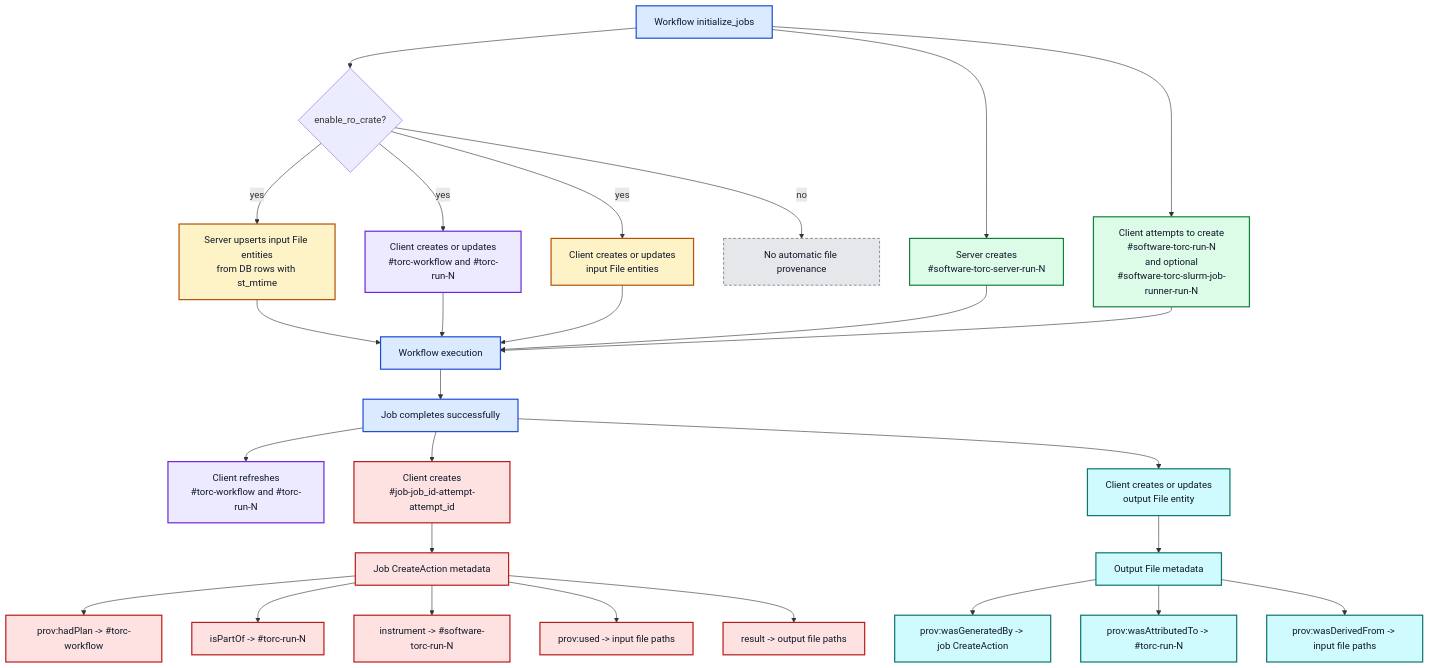
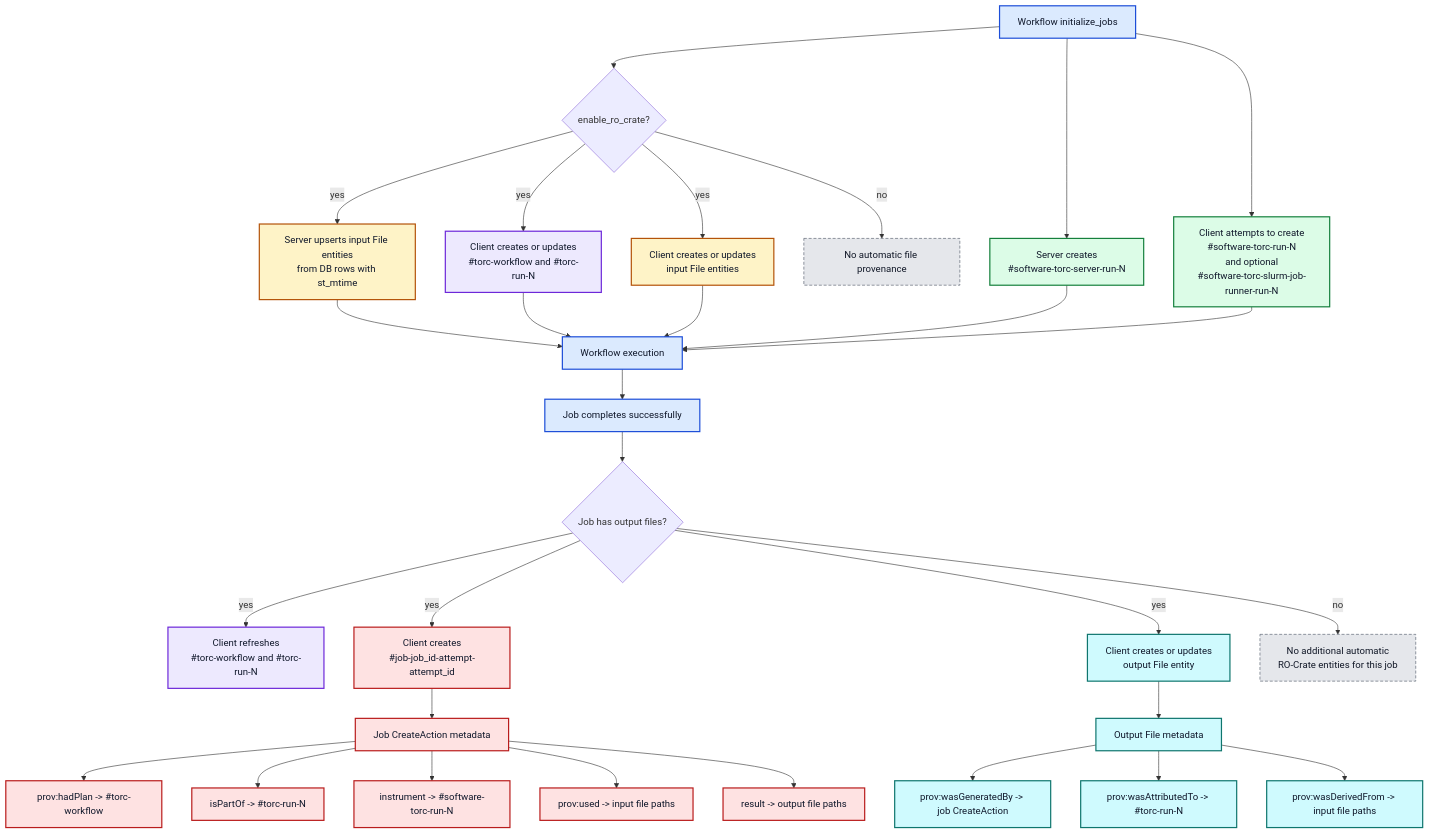
The diagram in docs/src/specialized/design/ro-crate.md (NatLabRockies/torc), drawn with Mermaid before and after one commit. The commit also changed other lines of this file and 1 other file, not shown here.

````diff
--- a/docs/src/specialized/design/ro-crate.md
+++ b/docs/src/specialized/design/ro-crate.md
@@ -38,50 +35,52 @@
 ```mermaid
 flowchart TD
     A[Workflow initialize_jobs] --> B{enable_ro_crate?}
     A --> C[Server creates<br/>#software-torc-server-run-N]
     A --> D[Client attempts to create<br/>#software-torc-run-N<br/>and optional<br/>#software-torc-slurm-job-runner-run-N]
 
     B -->|yes| E[Server upserts input File entities<br/>from DB rows with st_mtime]
     B -->|yes| F[Client creates or updates<br/>#torc-workflow and #torc-run-N]
     B -->|yes| G[Client creates or updates<br/>input File entities]
     B -->|no| H[No automatic file provenance]
 
     G --> I[Workflow execution]
     E --> I
     F --> I
     C --> I
     D --> I
 
     I --> J[Job completes successfully]
-    J --> K[Client refreshes<br/>#torc-workflow and #torc-run-N]
-    J --> L[Client creates<br/>#job-job_id-attempt-attempt_id]
-    J --> M[Client creates or updates<br/>output File entity]
+    J --> J2{Job has output files?}
+    J2 -->|yes| K[Client refreshes<br/>#torc-workflow and #torc-run-N]
+    J2 -->|yes| L[Client creates<br/>#job-job_id-attempt-attempt_id]
+    J2 -->|yes| M[Client creates or updates<br/>output File entity]
+    J2 -->|no| P[No additional automatic<br/>RO-Crate entities for this job]
 
     L --> N[Job CreateAction metadata]
     N --> N1[prov:hadPlan -> #torc-workflow]
     N --> N2[isPartOf -> #torc-run-N]
     N --> N3[instrument -> #software-torc-run-N]
     N --> N4[prov:used -> input file paths]
     N --> N5[result -> output file paths]
 
     M --> O[Output File metadata]
     O --> O1[prov:wasGeneratedBy -> job CreateAction]
     O --> O2[prov:wasAttributedTo -> #torc-run-N]
     O --> O3[prov:wasDerivedFrom -> input file paths]
 
     classDef init fill:#dbeafe,stroke:#1d4ed8,color:#0f172a,stroke-width:2px;
     classDef software fill:#dcfce7,stroke:#15803d,color:#0f172a,stroke-width:2px;
     classDef input fill:#fef3c7,stroke:#b45309,color:#0f172a,stroke-width:2px;
     classDef run fill:#ede9fe,stroke:#6d28d9,color:#0f172a,stroke-width:2px;
     classDef job fill:#fee2e2,stroke:#b91c1c,color:#0f172a,stroke-width:2px;
     classDef output fill:#cffafe,stroke:#0f766e,color:#0f172a,stroke-width:2px;
     classDef disabled fill:#e5e7eb,stroke:#4b5563,color:#111827,stroke-dasharray: 5 3;
 
     class A,I,J init;
     class C,D software;
     class E,G input;
     class F,K run;
     class L,N,N1,N2,N3,N4,N5 job;
     class M,O,O1,O2,O3 output;
-    class H disabled;
+    class H,P disabled;
 ```
````
